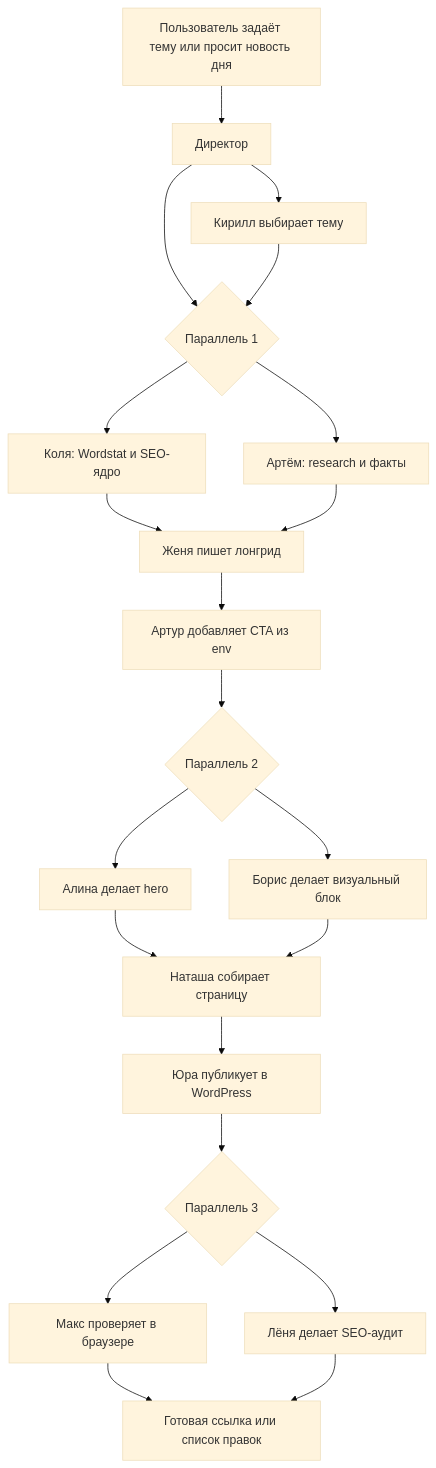
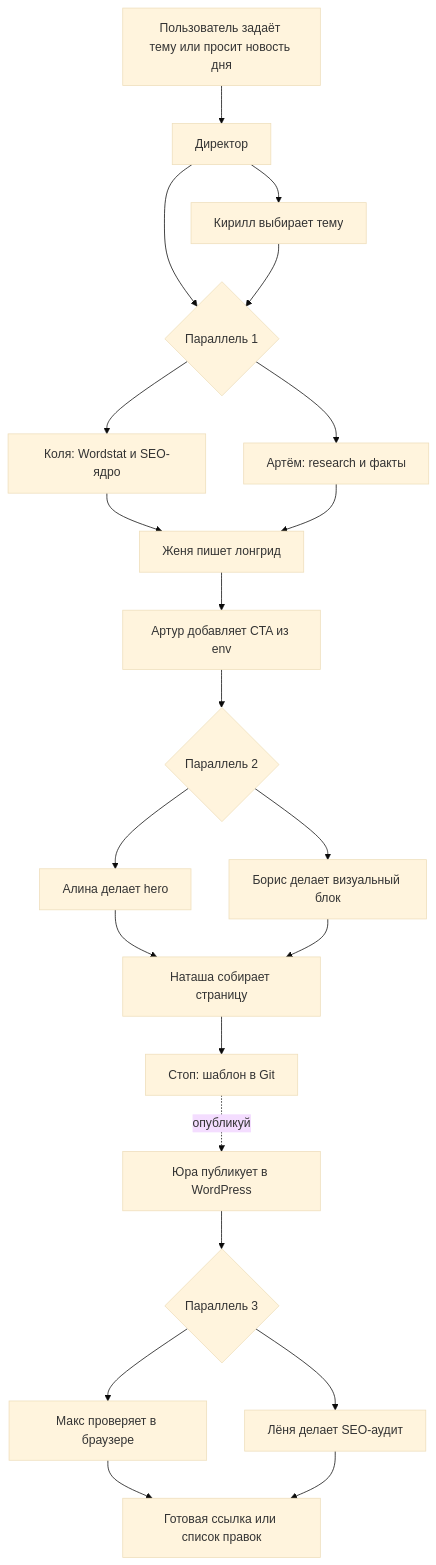
Before and after one commit to devham13/nero-office: the first of 3 diagrams in README.md, drawn with Mermaid (base theme). The commit also changed 9 other files, not shown here.

````diff
--- a/README.md
+++ b/README.md
@@ -11,23 +11,24 @@
 ```mermaid
 flowchart TB
   U[Пользователь задаёт тему или просит новость дня] --> D[Директор]
   D --> K[Кирилл выбирает тему]
   D --> P1{Параллель 1}
   K --> P1
   P1 --> KO[Коля: Wordstat и SEO-ядро]
   P1 --> AR[Артём: research и факты]
   KO --> Z[Женя пишет лонгрид]
   AR --> Z
   Z --> CTA[Артур добавляет CTA из env]
   CTA --> P2{Параллель 2}
   P2 --> AL[Алина делает hero]
   P2 --> BO[Борис делает визуальный блок]
   AL --> N[Наташа собирает страницу]
   BO --> N
-  N --> Y[Юра публикует в WordPress]
+  N --> R[Стоп: шаблон в Git]
+  R -. опубликуй .-> Y[Юра публикует в WordPress]
   Y --> P3{Параллель 3}
   P3 --> Q[Макс проверяет в браузере]
   P3 --> L[Лёня делает SEO-аудит]
   Q --> F[Готовая ссылка или список правок]
   L --> F
 ```
````
